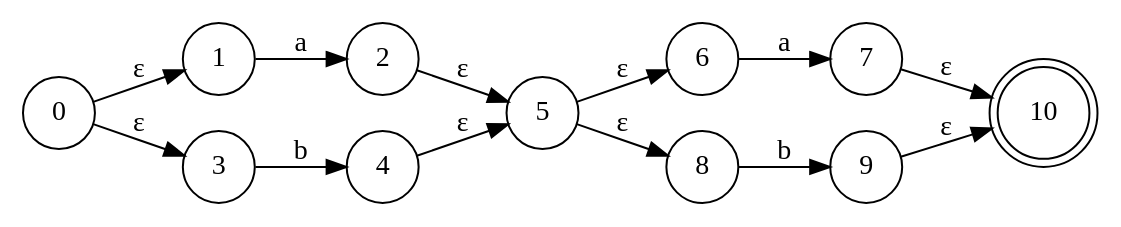
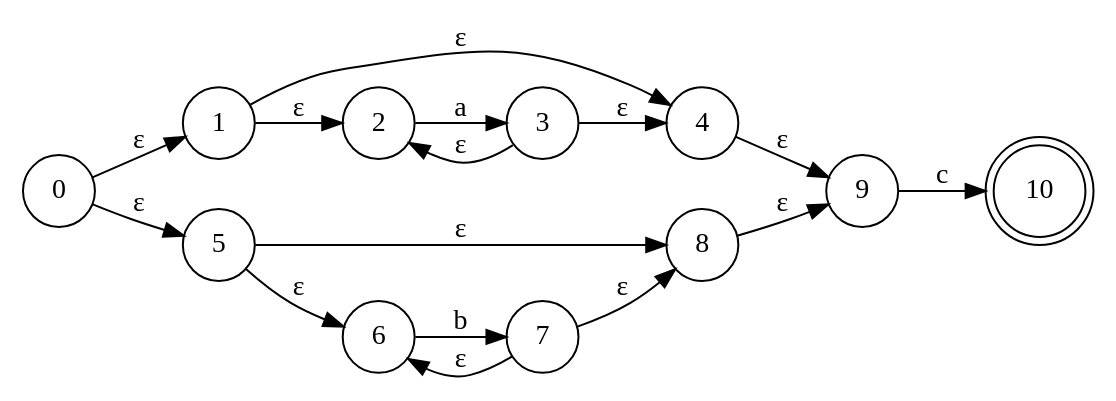
One commit to JoseGon20335/labC-lenguajes changed the diagram in AFN.gv. Above: the diagram before and after it, drawn with Graphviz. The commit also changed 9 other files, not shown here.

```diff
--- a/AFN.gv
+++ b/AFN.gv
@@ -1,27 +1,30 @@
 // resultado
 digraph AFN {
 	graph [rankdir=LR]
-	1125992663360 [label=0 shape=circle]
-	1125992663216 [label=1 shape=circle]
-	1125992664560 [label=2 shape=circle]
-	1125992665520 [label=3 shape=circle]
-	1125992667440 [label=4 shape=circle]
-	1125992663648 [label=5 shape=circle]
-	1125992668976 [label=10 shape=doublecircle]
-	1125992668112 [label=6 shape=circle]
-	1125992668208 [label=7 shape=circle]
-	1125992668592 [label=8 shape=circle]
-	1125992668688 [label=9 shape=circle]
-	1125992663360 -> 1125992663216 [label="ε"]
-	1125992663360 -> 1125992665520 [label="ε"]
-	1125992663216 -> 1125992664560 [label=a]
-	1125992664560 -> 1125992663648 [label="ε"]
-	1125992665520 -> 1125992667440 [label=b]
-	1125992667440 -> 1125992663648 [label="ε"]
-	1125992663648 -> 1125992668112 [label="ε"]
-	1125992663648 -> 1125992668592 [label="ε"]
-	1125992668112 -> 1125992668208 [label=a]
-	1125992668208 -> 1125992668976 [label="ε"]
-	1125992668592 -> 1125992668688 [label=b]
-	1125992668688 -> 1125992668976 [label="ε"]
+	2147425510272 [label=0 shape=circle]
+	2147425510320 [label=1 shape=circle]
+	2147425511616 [label=4 shape=circle]
+	2147425510608 [label=2 shape=circle]
+	2147425511328 [label=3 shape=circle]
+	2147425512096 [label=5 shape=circle]
+	2147425512672 [label=8 shape=circle]
+	2147425512288 [label=6 shape=circle]
+	2147425512384 [label=7 shape=circle]
+	2147425515504 [label=9 shape=circle]
+	2147425513344 [label=10 shape=doublecircle]
+	2147425510272 -> 2147425510320 [label="ε"]
+	2147425510272 -> 2147425512096 [label="ε"]
+	2147425510320 -> 2147425510608 [label="ε"]
+	2147425510320 -> 2147425511616 [label="ε"]
+	2147425511616 -> 2147425515504 [label="ε"]
+	2147425510608 -> 2147425511328 [label=a]
+	2147425511328 -> 2147425511616 [label="ε"]
+	2147425511328 -> 2147425510608 [label="ε"]
+	2147425512096 -> 2147425512288 [label="ε"]
+	2147425512096 -> 2147425512672 [label="ε"]
+	2147425512672 -> 2147425515504 [label="ε"]
+	2147425512288 -> 2147425512384 [label=b]
+	2147425512384 -> 2147425512672 [label="ε"]
+	2147425512384 -> 2147425512288 [label="ε"]
+	2147425515504 -> 2147425513344 [label=c]
 }
```
